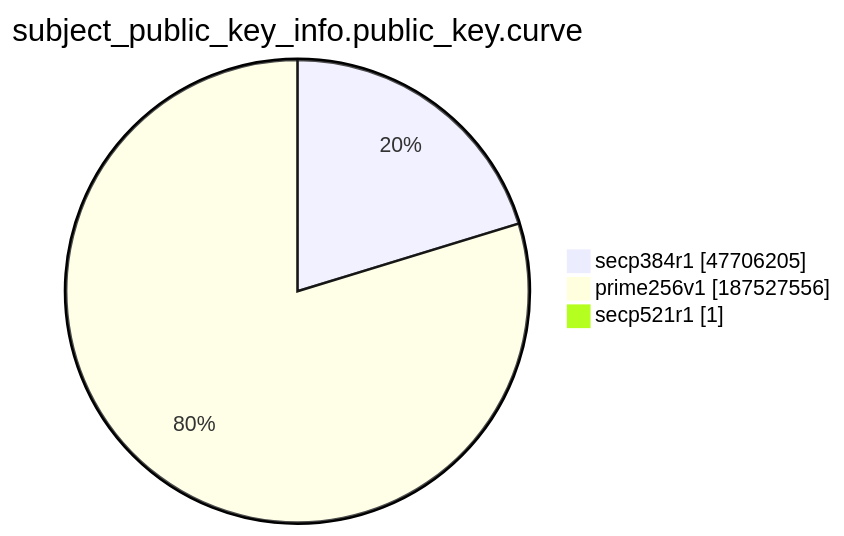
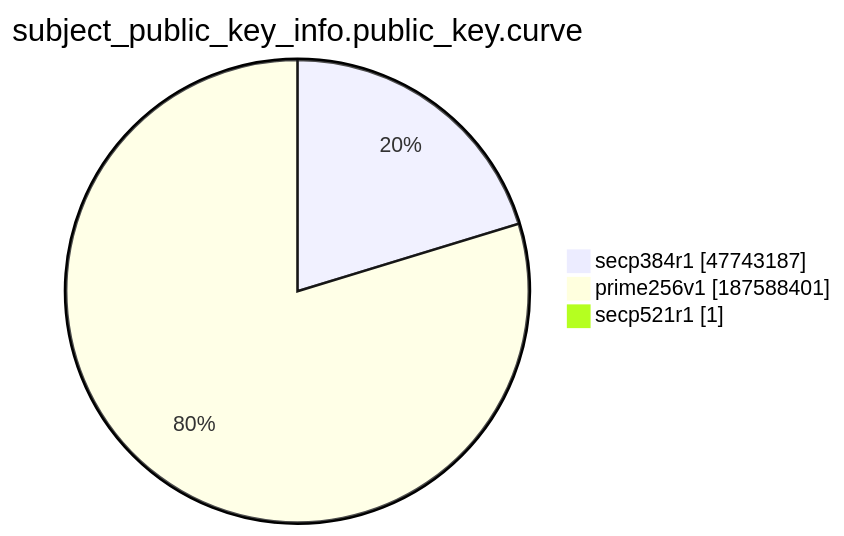
One commit to christiankrug/ctmonitor_visualization changed the ninth of 15 diagrams in xenon2022/README.md. Above: the diagram before and after it, drawn with Mermaid. The commit also changed other lines of this file, not shown here.

````diff
--- a/xenon2022/README.md
+++ b/xenon2022/README.md
@@ -2874,7 +2874,7 @@
 ```mermaid
 pie showData
 title subject_public_key_info.public_key.curve
-"secp384r1" :47706205
-"prime256v1" :187527556
+"secp384r1" :47743187
+"prime256v1" :187588401
 "secp521r1" :1
 ```
````
